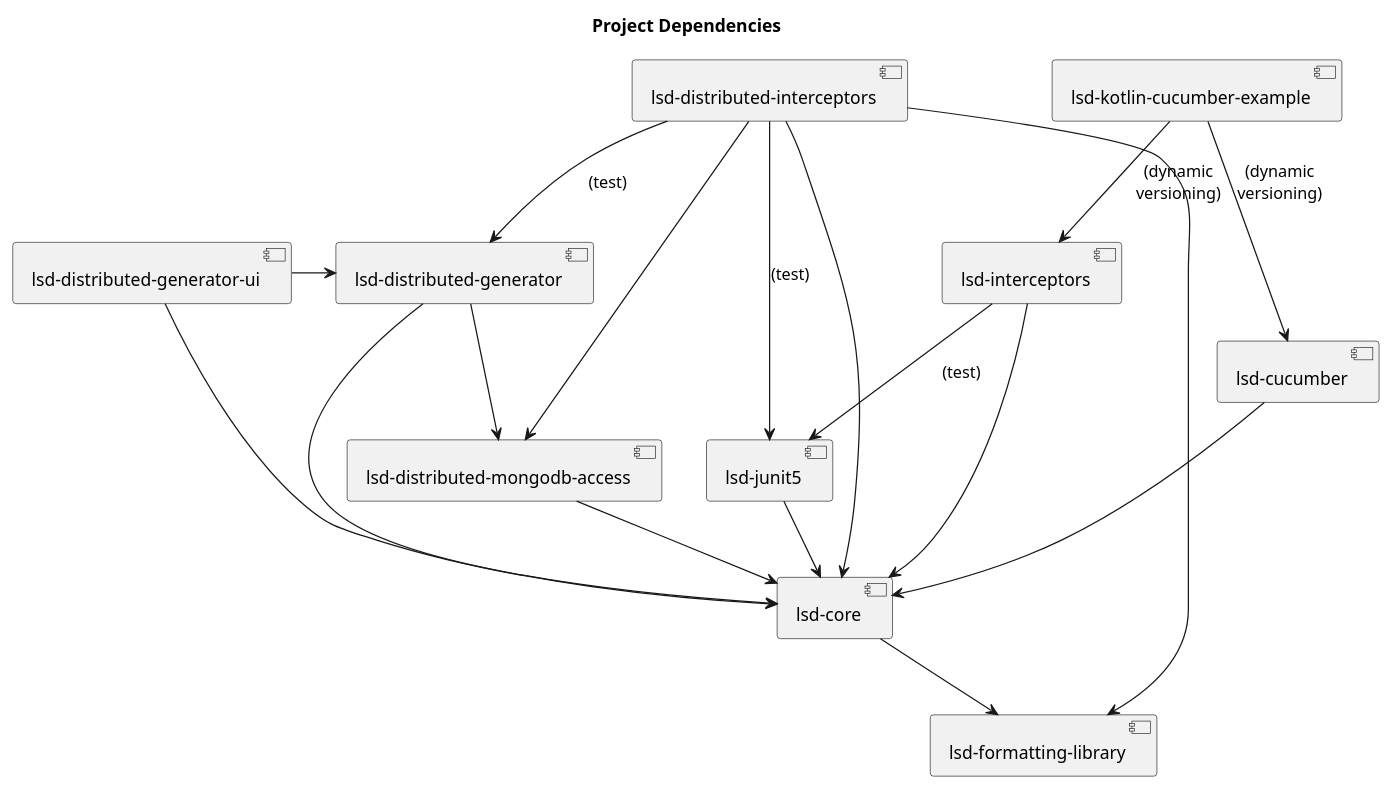
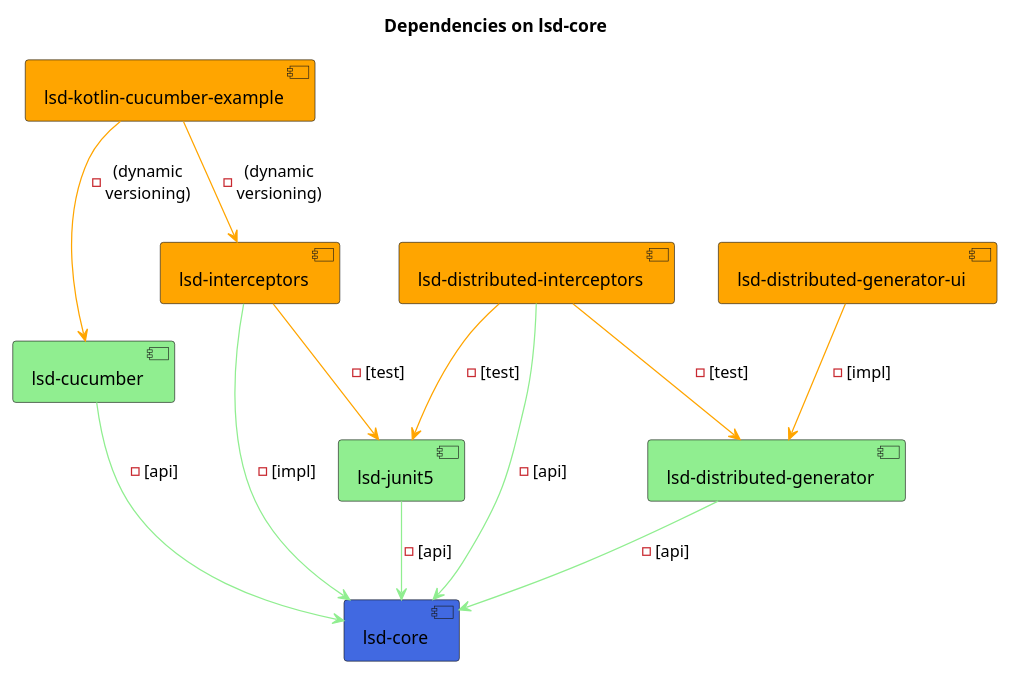
The diagram in docs/project_dependency_graph.puml (lsd-consulting/lsd-core), drawn with PlantUML before and after one commit.

Commit message:
chore: update documentation for project dependencies

```diff
--- a/docs/project_dependency_graph.puml
+++ b/docs/project_dependency_graph.puml
@@ -4,24 +4,30 @@
 @startuml
-title Project Dependencies
+title Dependencies on lsd-core
 
-[lsd-core] --> [lsd-formatting-library]
-[lsd-cucumber] --> [lsd-core]
-[lsd-distributed-generator-ui] -> [lsd-core]
-[lsd-distributed-generator-ui] -> [lsd-distributed-generator]
-[lsd-distributed-generator] --> [lsd-core]
-[lsd-distributed-generator] --> [lsd-distributed-mongodb-access]
-[lsd-distributed-interceptors] --> [lsd-core]
-[lsd-distributed-interceptors] --> [lsd-distributed-generator] : (test)
-[lsd-distributed-interceptors] --> [lsd-distributed-mongodb-access]
-[lsd-distributed-interceptors] --> [lsd-junit5]: (test)
-[lsd-distributed-interceptors] -->[lsd-formatting-library]
-[lsd-distributed-mongodb-access] --> [lsd-core]
-[lsd-interceptors] --> [lsd-core]
-[lsd-interceptors] --> [lsd-junit5] : (test)
-[lsd-junit5] --> [lsd-core]
-[lsd-kotlin-cucumber-example] --> [lsd-cucumber] : (dynamic\nversioning)
-[lsd-kotlin-cucumber-example] --> [lsd-interceptors] : (dynamic\nversioning)
+component "lsd-core"#royalblue
+component "lsd-junit5"#lightgreen
+component "lsd-cucumber"#lightgreen
+component "lsd-distributed-generator"#lightgreen
+component "lsd-interceptors"#orange
+component "lsd-distributed-interceptors"#orange
+component "lsd-distributed-generator-ui"#orange
+component "lsd-kotlin-cucumber-example"#orange
+
+[lsd-junit5] -[#lightgreen]-> [lsd-core] : -[api]
+
+[lsd-cucumber] -[#lightgreen]-> [lsd-core] : -[api]
+[lsd-interceptors] -[#lightgreen]-> [lsd-core] : -[impl]
+
+[lsd-distributed-generator-ui] -[#orange]-> [lsd-distributed-generator] : -[impl]
+[lsd-distributed-generator] -[#lightgreen]-> [lsd-core] : -[api]
+
+[lsd-distributed-interceptors] -[#orange]-> [lsd-distributed-generator] : -[test]
+[lsd-distributed-interceptors] -[#lightgreen]-> [lsd-core] : -[api]
+[lsd-distributed-interceptors] -[#orange]-> [lsd-junit5] : -[test]
+[lsd-interceptors] -[#orange]-> [lsd-junit5] : -[test]
+[lsd-kotlin-cucumber-example] -[#orange]-> [lsd-cucumber] : -(dynamic\nversioning)
+[lsd-kotlin-cucumber-example] -[#orange]-> [lsd-interceptors] : -(dynamic\nversioning)
 
 hide unlinked
 
 @enduml
```
